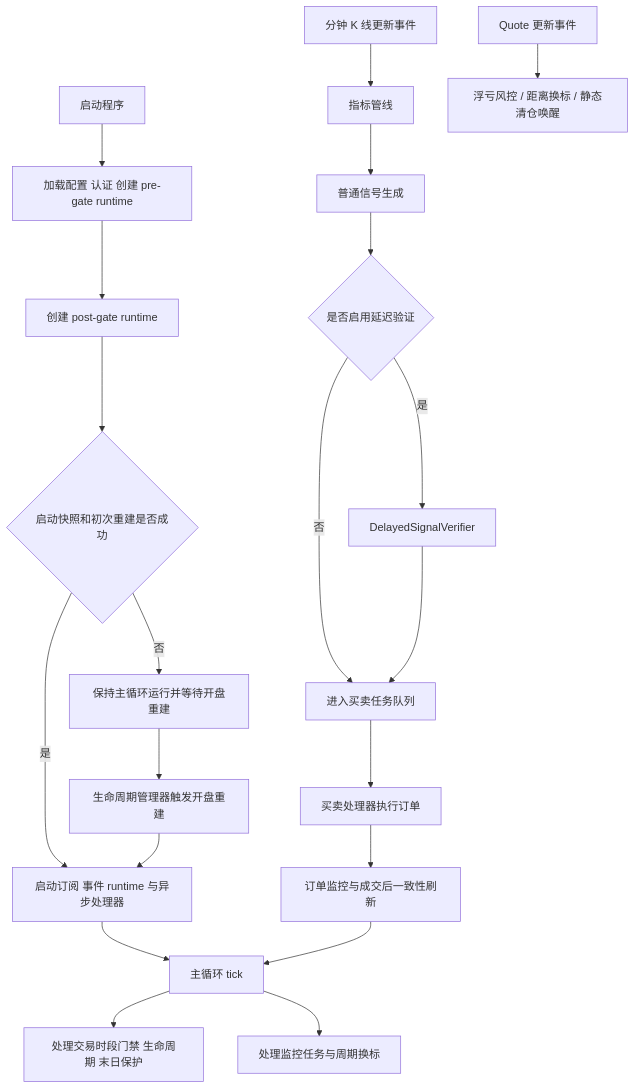
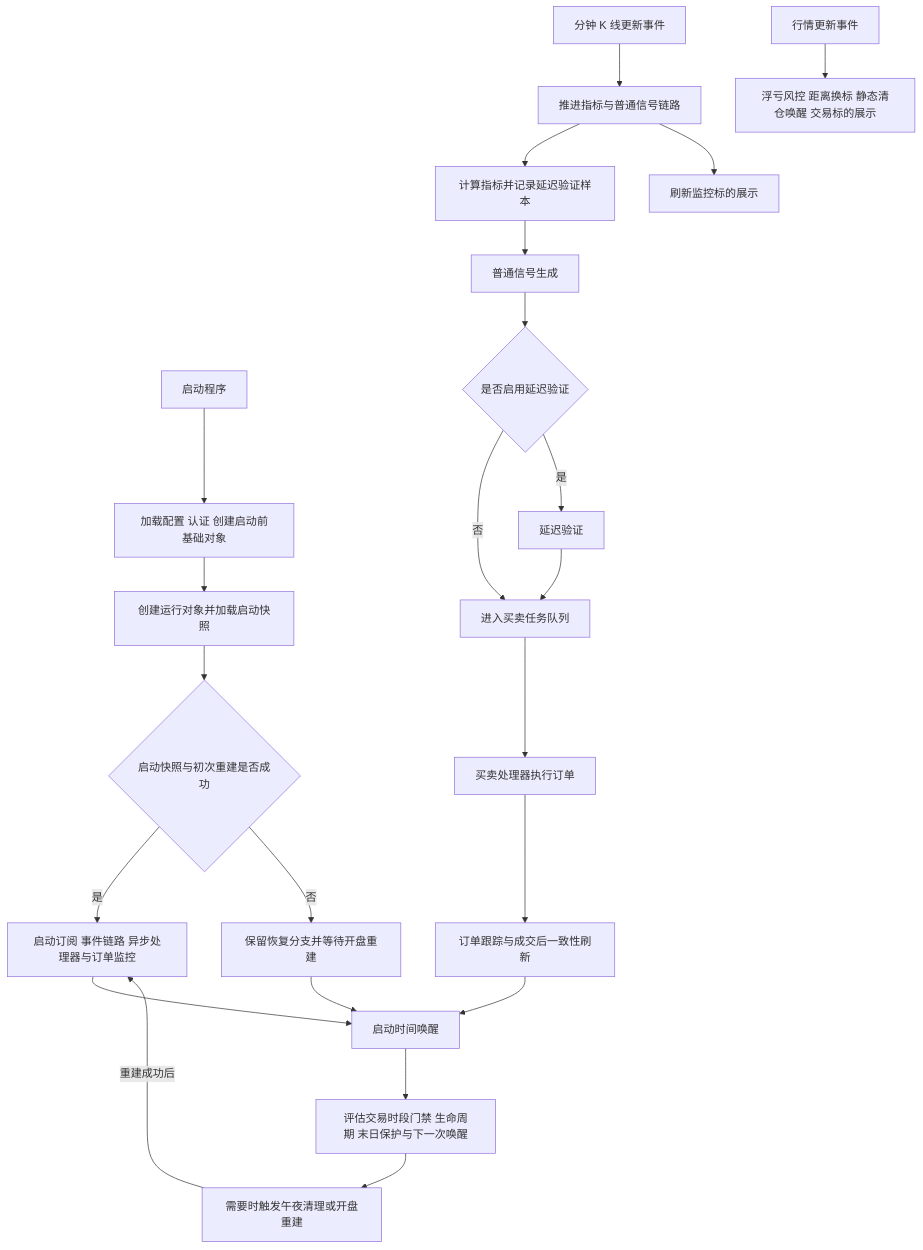
One commit to zhengyongjie16/Longbridge-Quantitative-Trading changed the diagram in README.md. Above: the diagram before and after it, drawn with Mermaid. The commit also changed other lines of this file and 110 other files, not shown here.

````diff
--- a/README.md
+++ b/README.md
@@ -192,26 +192,27 @@
 ```mermaid
 flowchart TD
-    A[启动程序] --> B[加载配置 认证 创建 pre-gate runtime]
-    B --> C[创建 post-gate runtime]
-    C --> D{启动快照和初次重建是否成功}
-    D -- 是 --> E[启动订阅 事件 runtime 与异步处理器]
-    D -- 否 --> F[保持主循环运行并等待开盘重建]
-    F --> G[生命周期管理器触发开盘重建]
-    G --> E
+    A[启动程序] --> B[加载配置 认证 创建启动前基础对象]
+    B --> C[创建运行对象并加载启动快照]
+    C --> D{启动快照与初次重建是否成功}
+    D -- 是 --> E[启动订阅 事件链路 异步处理器与订单监控]
+    D -- 否 --> F[保留恢复分支并等待开盘重建]
+    E --> G[启动时间唤醒]
+    F --> G
+    G --> H[评估交易时段门禁 生命周期 末日保护与下一次唤醒]
+    H --> I[需要时触发午夜清理或开盘重建]
+    I -->|重建成功后| E
 
-    E --> H[主循环 tick]
-    H --> I[处理交易时段门禁 生命周期 末日保护]
-    H --> J[处理监控任务与周期换标]
-
-    K[分钟 K 线更新事件] --> L[指标管线]
+    J[分钟 K 线更新事件] --> K[推进指标与普通信号链路]
+    K --> L[计算指标并记录延迟验证样本]
     L --> M[普通信号生成]
     M --> N{是否启用延迟验证}
     N -- 否 --> O[进入买卖任务队列]
-    N -- 是 --> P[DelayedSignalVerifier]
+    N -- 是 --> P[延迟验证]
     P --> O
+    K --> Q[刷新监控标的展示]
 
-    Q[Quote 更新事件] --> R[浮亏风控 / 距离换标 / 静态清仓唤醒]
-    O --> S[买卖处理器执行订单]
-    S --> T[订单监控与成交后一致性刷新]
-    T --> H
+    R[行情更新事件] --> S[浮亏风控 距离换标 静态清仓唤醒 交易标的展示]
+    O --> T[买卖处理器执行订单]
+    T --> U[订单跟踪与成交后一致性刷新]
+    U --> G
 ```
````
